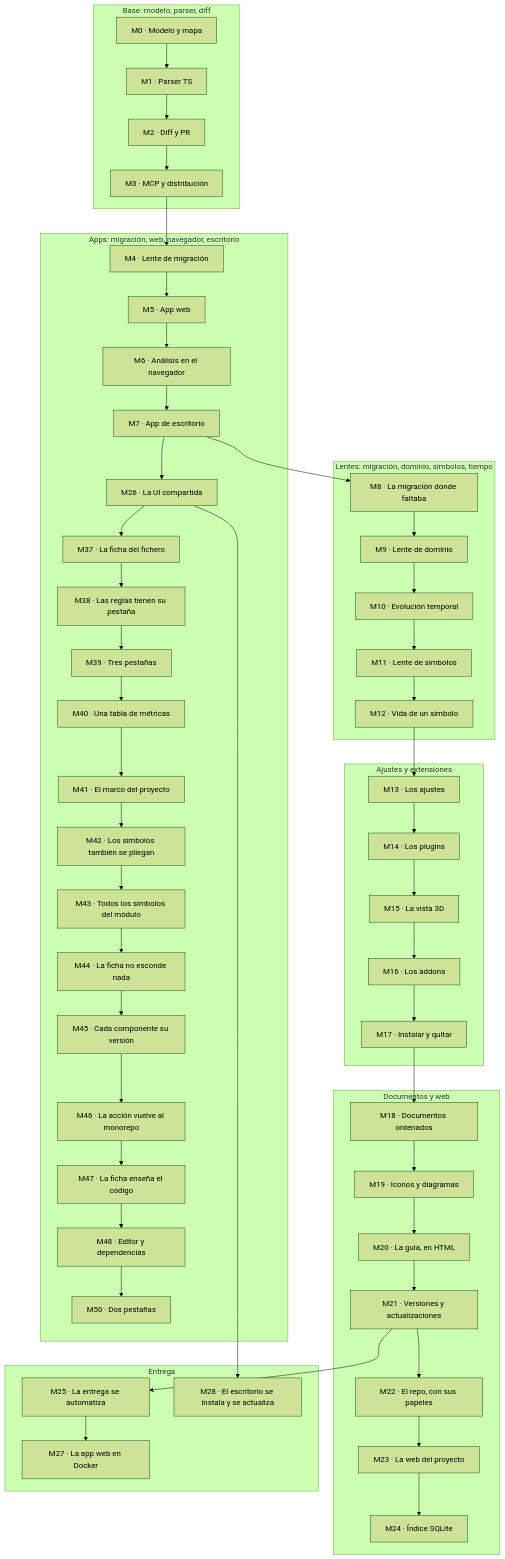
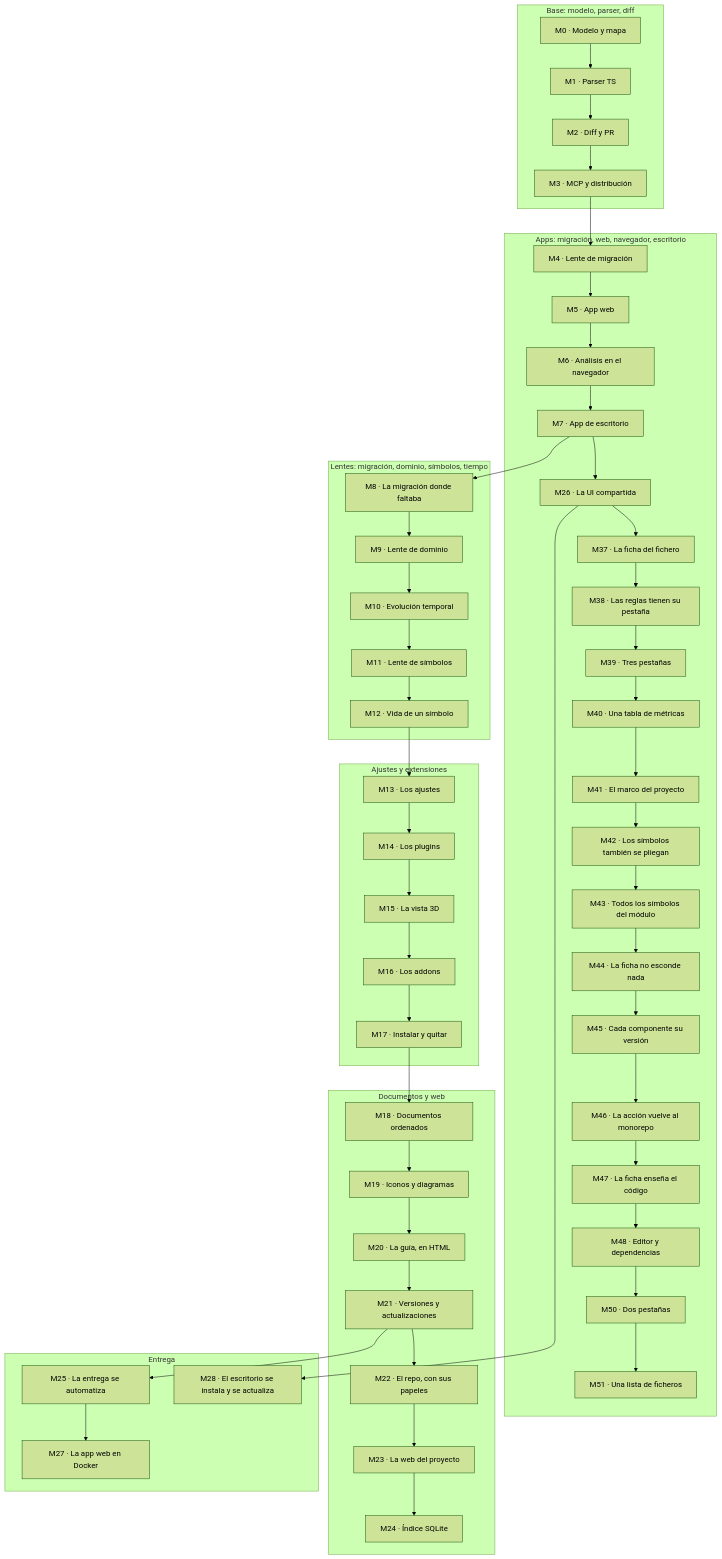
One commit to jaminsmoke/codarch changed the diagram in apps/site/docs/adr/roadmap.md. Above: the diagram before and after it, drawn with Mermaid (forest theme). The commit also changed other lines of this file and 9 other files, not shown here.

````diff
--- a/apps/site/docs/adr/roadmap.md
+++ b/apps/site/docs/adr/roadmap.md
@@ -38,57 +38,58 @@
 ```mermaid
 flowchart TD
   subgraph base["Base: modelo, parser, diff"]
     M0["M0 · Modelo y mapa"] --> M1["M1 · Parser TS"]
     M1 --> M2["M2 · Diff y PR"]
     M2 --> M3["M3 · MCP y distribución"]
   end
   subgraph apps["Apps: migración, web, navegador, escritorio"]
     M4["M4 · Lente de migración"] --> M5["M5 · App web"]
     M5 --> M6["M6 · Análisis en el navegador"]
     M6 --> M7["M7 · App de escritorio"]
     M7 --> M26["M26 · La UI compartida"]
     M26 --> M37["M37 · La ficha del fichero"]
     M37 --> M38["M38 · Las reglas tienen su pestaña"]
     M38 --> M39["M39 · Tres pestañas"]
     M39 --> M40["M40 · Una tabla de métricas"]
     M40 --> M41["M41 · El marco del proyecto"]
     M41 --> M42["M42 · Los símbolos también se pliegan"]
     M42 --> M43["M43 · Todos los símbolos del módulo"]
     M43 --> M44["M44 · La ficha no esconde nada"]
     M44 --> M45["M45 · Cada componente su versión"]
     M45 --> M46["M46 · La acción vuelve al monorepo"]
     M46 --> M47["M47 · La ficha enseña el código"]
     M47 --> M48["M48 · Editor y dependencias"]
     M48 --> M50["M50 · Dos pestañas"]
+    M50 --> M51["M51 · Una lista de ficheros"]
   end
   subgraph lentes["Lentes: migración, dominio, símbolos, tiempo"]
     M8["M8 · La migración donde faltaba"] --> M9["M9 · Lente de dominio"]
     M9 --> M10["M10 · Evolución temporal"]
     M10 --> M11["M11 · Lente de símbolos"]
     M11 --> M12["M12 · Vida de un símbolo"]
   end
   subgraph ext["Ajustes y extensiones"]
     M13["M13 · Los ajustes"] --> M14["M14 · Los plugins"]
     M14 --> M15["M15 · La vista 3D"]
     M15 --> M16["M16 · Los addons"]
     M16 --> M17["M17 · Instalar y quitar"]
   end
   subgraph docs["Documentos y web"]
     M18["M18 · Documentos ordenados"] --> M19["M19 · Iconos y diagramas"]
     M19 --> M20["M20 · La guía, en HTML"]
     M20 --> M21["M21 · Versiones y actualizaciones"]
     M21 --> M22["M22 · El repo, con sus papeles"]
     M22 --> M23["M23 · La web del proyecto"]
     M23 --> M24["M24 · Índice SQLite"]
   end
   subgraph delivery["Entrega"]
     M25["M25 · La entrega se automatiza"]
     M25 --> M27["M27 · La app web en Docker"]
     M26 --> M28["M28 · El escritorio se instala y se actualiza"]
   end
   M3 --> M4
   M7 --> M8
   M12 --> M13
   M17 --> M18
   M21 --> M25
 ```
````
